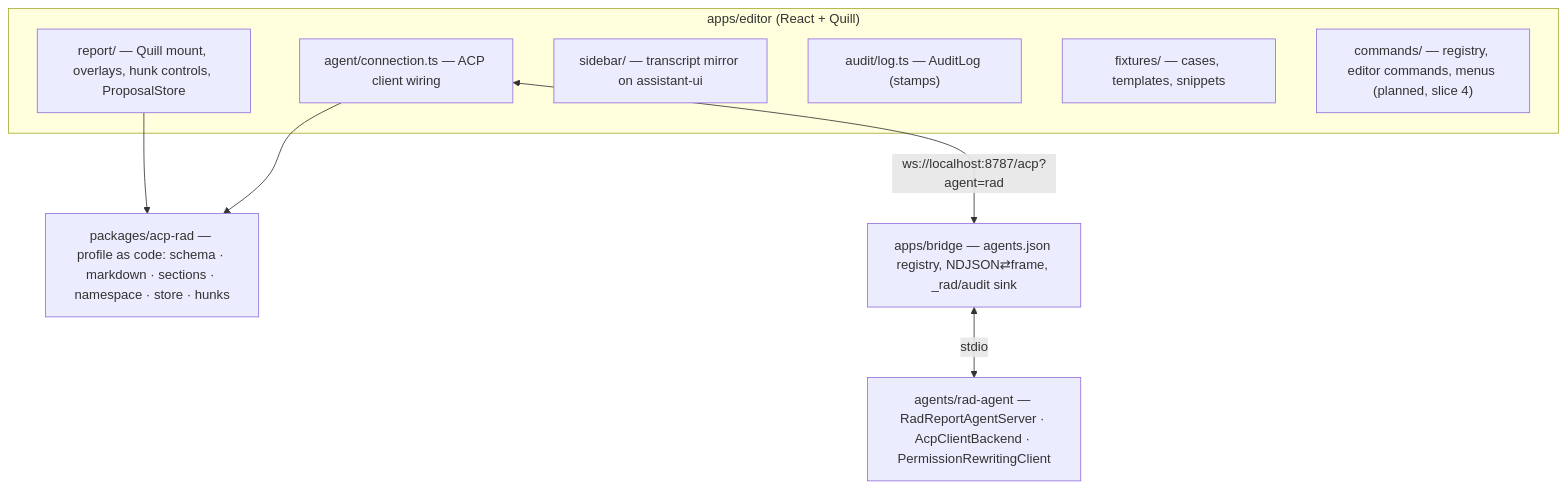
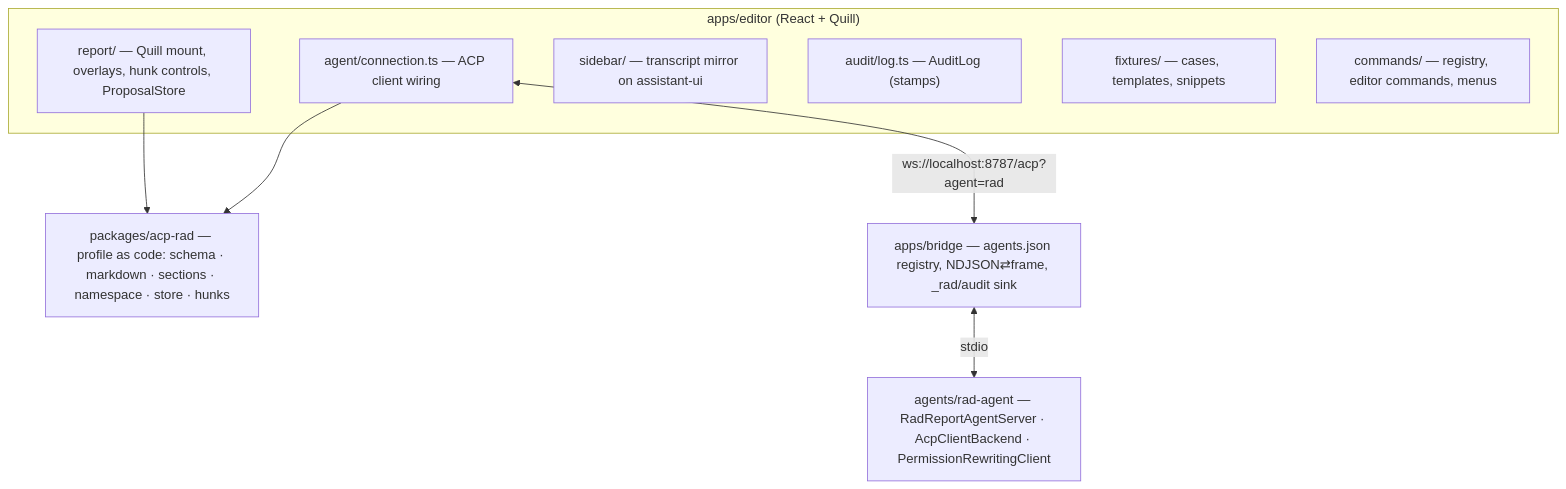
The second of 6 diagrams in docs/design/01-system-architecture.md (Lightbridge-KS/acp-rad-demo), drawn with Mermaid before and after one commit. The commit also changed other lines of this file and 14 other files, not shown here.

````diff
--- a/docs/design/01-system-architecture.md
+++ b/docs/design/01-system-architecture.md
@@ -54,18 +54,18 @@
 ```mermaid
 flowchart TD
     subgraph editor["apps/editor (React + Quill)"]
         report["report/ — Quill mount, overlays, hunk controls, ProposalStore"]
         agentc["agent/connection.ts — ACP client wiring"]
         sidebar["sidebar/ — transcript mirror on assistant-ui"]
         auditl["audit/log.ts — AuditLog (stamps)"]
         fix["fixtures/ — cases, templates, snippets"]
-        cmds["commands/ — registry, editor commands, menus (planned, slice 4)"]
+        cmds["commands/ — registry, editor commands, menus"]
     end
     pkg["packages/acp-rad — profile as code: schema · markdown · sections · namespace · store · hunks"]
     bridge["apps/bridge — agents.json registry, NDJSON⇄frame, _rad/audit sink"]
     ragent["agents/rad-agent — RadReportAgentServer · AcpClientBackend · PermissionRewritingClient"]
     report --> pkg
     agentc --> pkg
     agentc <-->|"ws://localhost:8787/acp?agent=rad"| bridge
     bridge <-->|stdio| ragent
 ```
````
